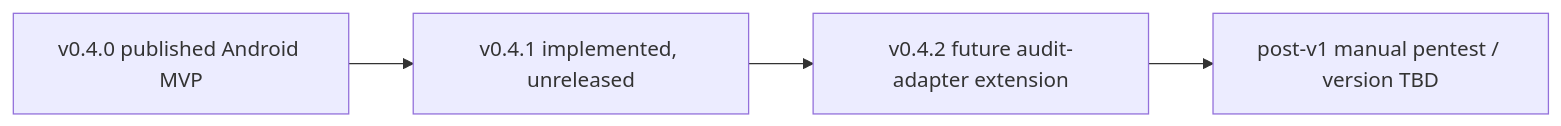
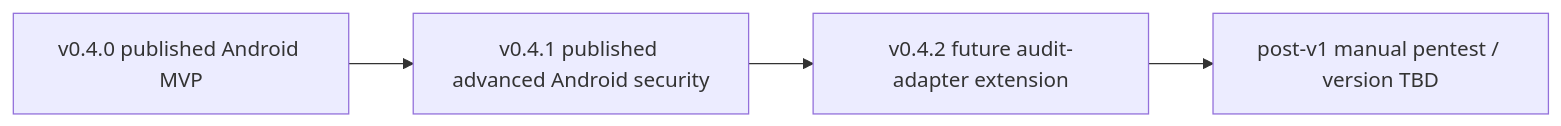
The diagram in docs/ROADMAP.md (dailephd/my-dev-kit-lab), drawn with Mermaid before and after one commit. The commit also changed other lines of this file and 11 other files, not shown here.

````diff
--- a/docs/ROADMAP.md
+++ b/docs/ROADMAP.md
@@ -3,6 +3,6 @@
 ```mermaid
 flowchart LR
-  A[v0.4.0 published Android MVP] --> B[v0.4.1 implemented, unreleased]
+  A[v0.4.0 published Android MVP] --> B[v0.4.1 published advanced Android security]
   B --> C[v0.4.2 future audit-adapter extension]
   C --> D[post-v1 manual pentest / version TBD]
 ```
````
